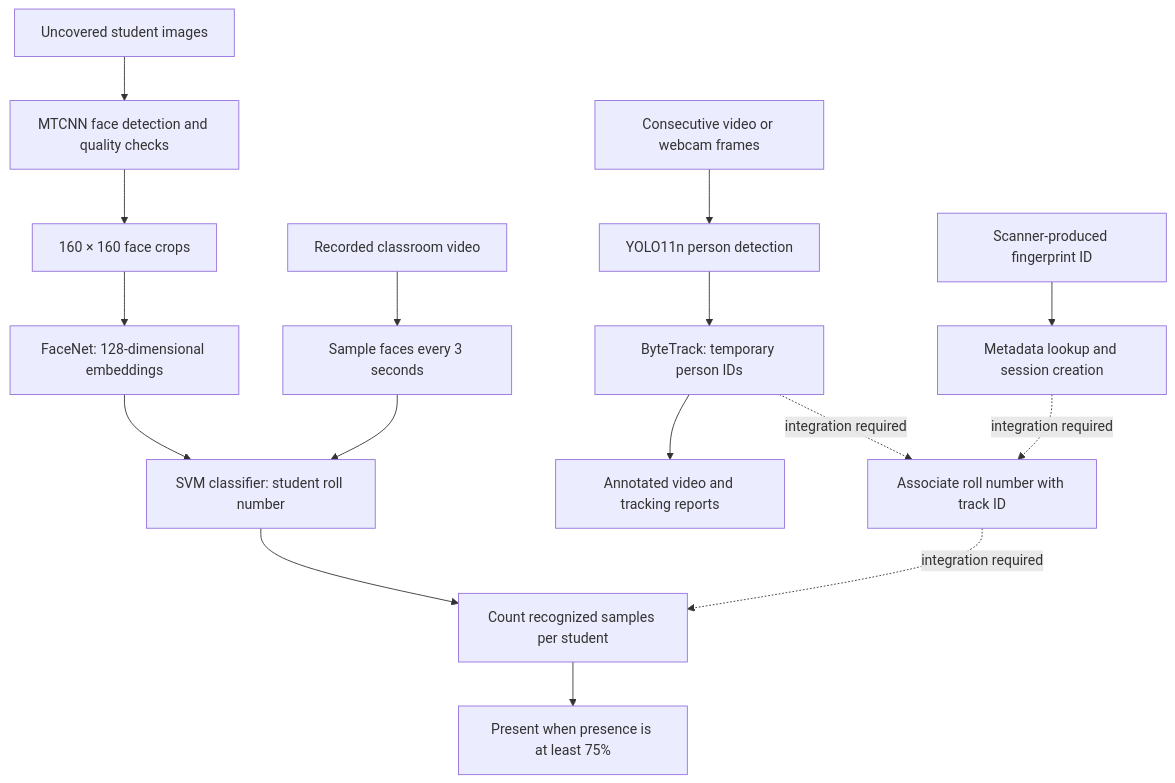
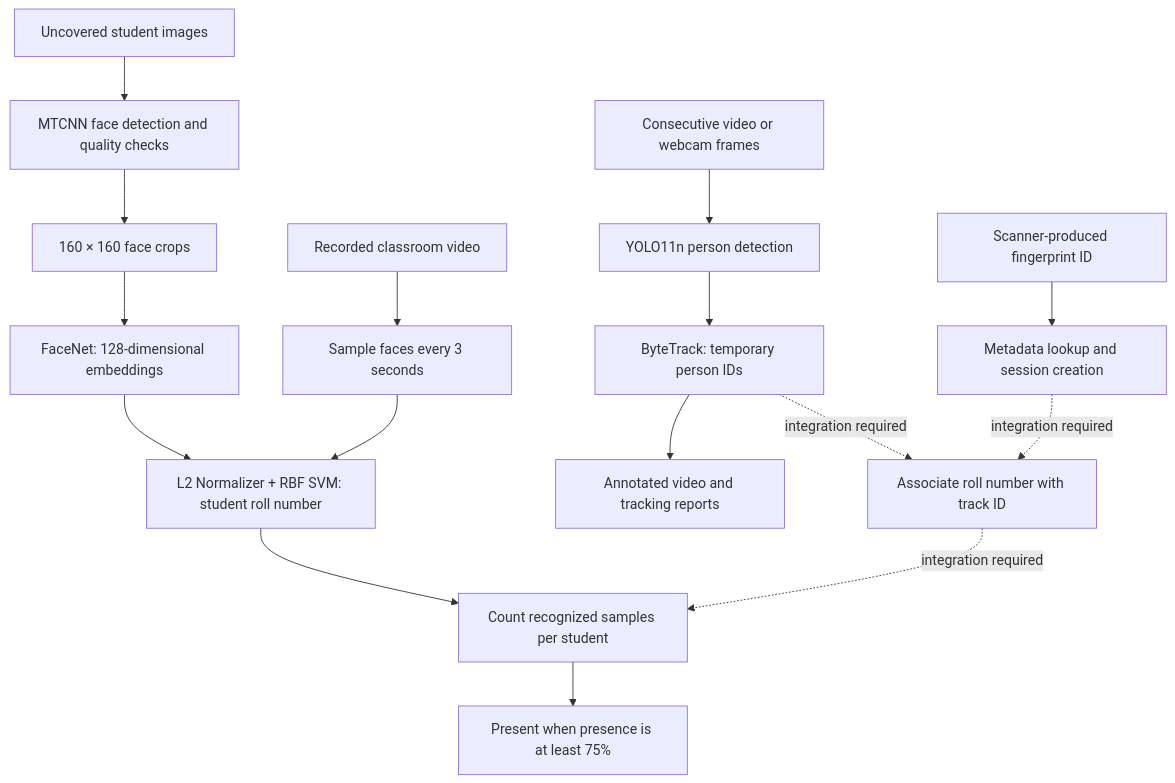
The diagram in README.md (mehedinaeem/SmartPresence), drawn with Mermaid before and after one commit. The commit also changed other lines of this file and 38 other files, not shown here.

````diff
--- a/README.md
+++ b/README.md
@@ -9,18 +9,18 @@
 ```mermaid
 flowchart TD
     A[Uncovered student images] --> B[MTCNN face detection and quality checks]
     B --> C[160 × 160 face crops]
     C --> D[FaceNet: 128-dimensional embeddings]
-    D --> E[SVM classifier: student roll number]
+    D --> E[L2 Normalizer + RBF SVM: student roll number]
     F[Recorded classroom video] --> G[Sample faces every 3 seconds]
     G --> E
     E --> H[Count recognized samples per student]
     H --> I[Present when presence is at least 75%]
     J[Consecutive video or webcam frames] --> K[YOLO11n person detection]
     K --> L[ByteTrack: temporary person IDs]
     L --> M[Annotated video and tracking reports]
     N[Scanner-produced fingerprint ID] --> O[Metadata lookup and session creation]
     O -. integration required .-> P[Associate roll number with track ID]
     L -. integration required .-> P
     P -. integration required .-> H
 ```
````
